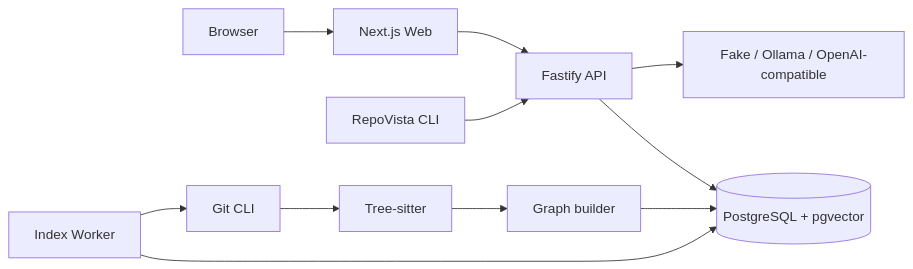
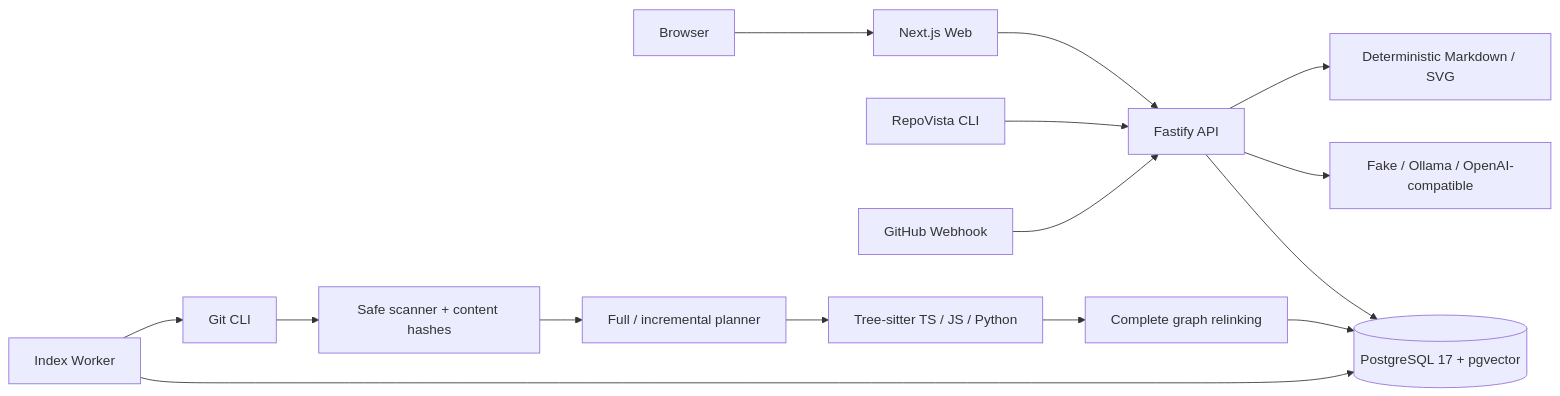
One commit to githubyangjiaxun/repovista changed the diagram in docs/architecture/系统架构.md. Above: the diagram before and after it, drawn with Mermaid. The commit also changed other lines of this file and 22 other files, not shown here.

````diff
--- a/docs/architecture/系统架构.md
+++ b/docs/architecture/系统架构.md
@@ -20,13 +23,17 @@
 ```mermaid
 flowchart LR
     Browser[Browser] --> Web[Next.js Web]
     Web --> API[Fastify API]
     CLI[RepoVista CLI] --> API
-    API --> PG[(PostgreSQL + pgvector)]
+    GitHub[GitHub Webhook] --> API
+    API --> PG[(PostgreSQL 17 + pgvector)]
     API --> Provider[Fake / Ollama / OpenAI-compatible]
+    API --> Exporter[Deterministic Markdown / SVG]
     Worker[Index Worker] --> PG
     Worker --> Git[Git CLI]
-    Git --> Parser[Tree-sitter]
-    Parser --> Graph[Graph builder]
+    Git --> Scan[Safe scanner + content hashes]
+    Scan --> Plan[Full / incremental planner]
+    Plan --> Parser[Tree-sitter TS / JS / Python]
+    Parser --> Graph[Complete graph relinking]
     Graph --> PG
 ```
````
